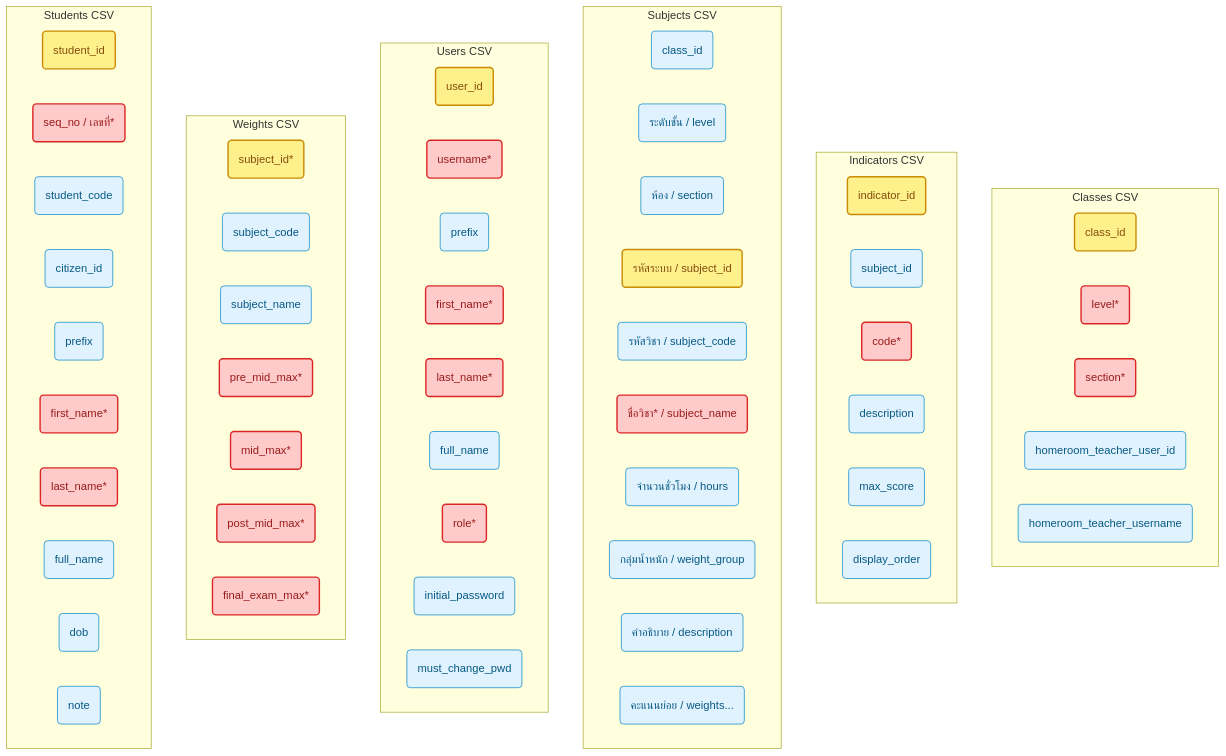
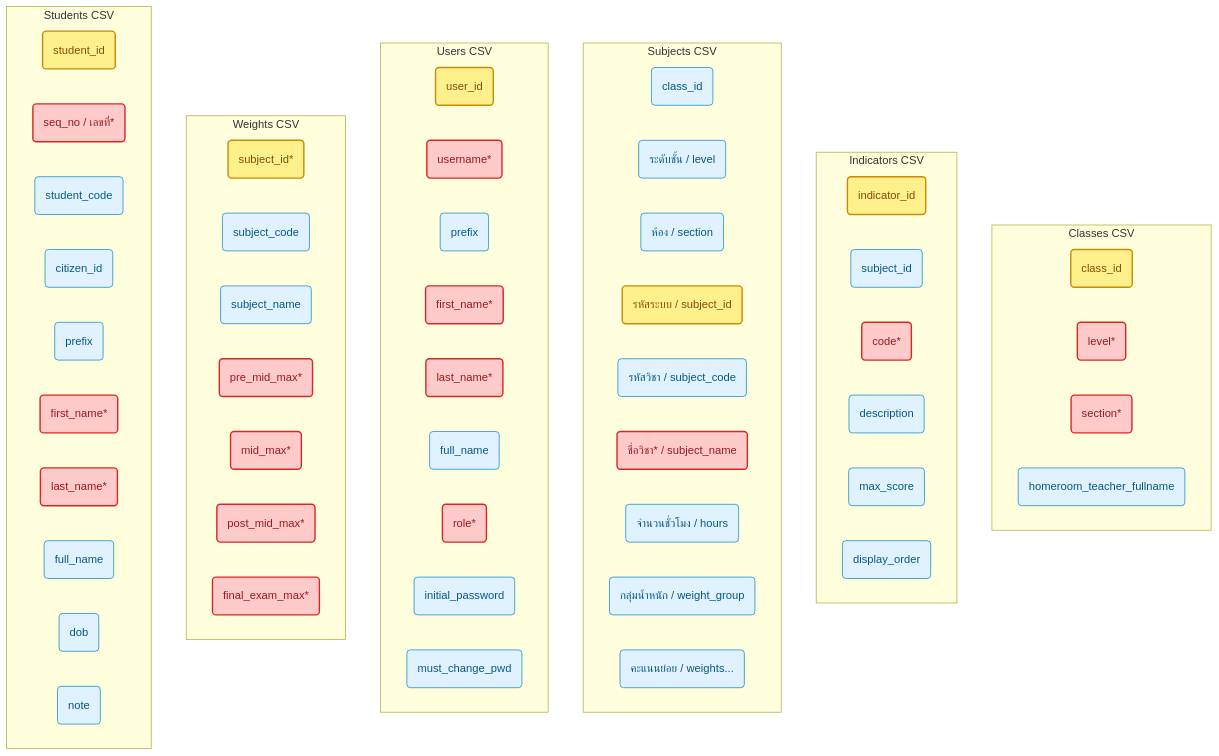
One commit to dimon-ton/popoWebApp changed the diagram in csv_columns_analysis.md. Above: the diagram before and after it, drawn with Mermaid. The commit also changed other lines of this file and 12 other files, not shown here.

````diff
--- a/csv_columns_analysis.md
+++ b/csv_columns_analysis.md
@@ -7,75 +7,73 @@
 ```mermaid
 graph TD
     classDef required fill:#fecaca,stroke:#dc2626,stroke-width:2px,color:#991b1b;
     classDef optional fill:#e0f2fe,stroke:#0284c7,stroke-width:1px,color:#075985;
     classDef key fill:#fef08a,stroke:#ca8a04,stroke-width:2px,color:#854d0e;
 
     subgraph Classes CSV
         C1(class_id)
         C2(level*)
         C3(section*)
-        C4(homeroom_teacher_user_id)
-        C5(homeroom_teacher_username)
+        C4(homeroom_teacher_fullname)
     end
     
     subgraph Indicators CSV
         I1(indicator_id)
         I2(subject_id)
         I3(code*)
         I4(description)
         I5(max_score)
         I6(display_order)
     end
 
     subgraph Subjects CSV
         S1(class_id)
         S2(ระดับชั้น / level)
         S3(ห้อง / section)
         S4(รหัสระบบ / subject_id)
         S5(รหัสวิชา / subject_code)
         S6(ชื่อวิชา* / subject_name)
         S7(จำนวนชั่วโมง / hours)
         S8(กลุ่มน้ำหนัก / weight_group)
-        S9(คำอธิบาย / description)
-        S10(คะแนนย่อย / weights...)
+        S9(คะแนนย่อย / weights...)
     end
 
     subgraph Users CSV
         U1(user_id)
         U2(username*)
         U3(prefix)
         U4(first_name*)
         U5(last_name*)
         U6(full_name)
         U7(role*)
         U8(initial_password)
         U9(must_change_pwd)
     end
 
     subgraph Weights CSV
         W1(subject_id*)
         W2(subject_code)
         W3(subject_name)
         W4(pre_mid_max*)
         W5(mid_max*)
         W6(post_mid_max*)
         W7(final_exam_max*)
     end
 
     subgraph Students CSV
         ST1(student_id)
         ST2(seq_no / เลขที่*)
         ST3(student_code)
         ST4(citizen_id)
         ST5(prefix)
         ST6(first_name*)
         ST7(last_name*)
         ST8(full_name)
         ST9(dob)
         ST10(note)
     end
 
     class C1,I1,S4,U1,W1,ST1 key;
     class C2,C3,I3,S6,U2,U4,U5,U7,W4,W5,W6,W7,ST2,ST6,ST7 required;
-    class C4,C5,I2,I4,I5,I6,S1,S2,S3,S5,S7,S8,S9,S10,U3,U6,U8,U9,W2,W3,ST3,ST4,ST5,ST8,ST9,ST10 optional;
+    class C4,I2,I4,I5,I6,S1,S2,S3,S5,S7,S8,S9,U3,U6,U8,U9,W2,W3,ST3,ST4,ST5,ST8,ST9,ST10 optional;
 ```
````
